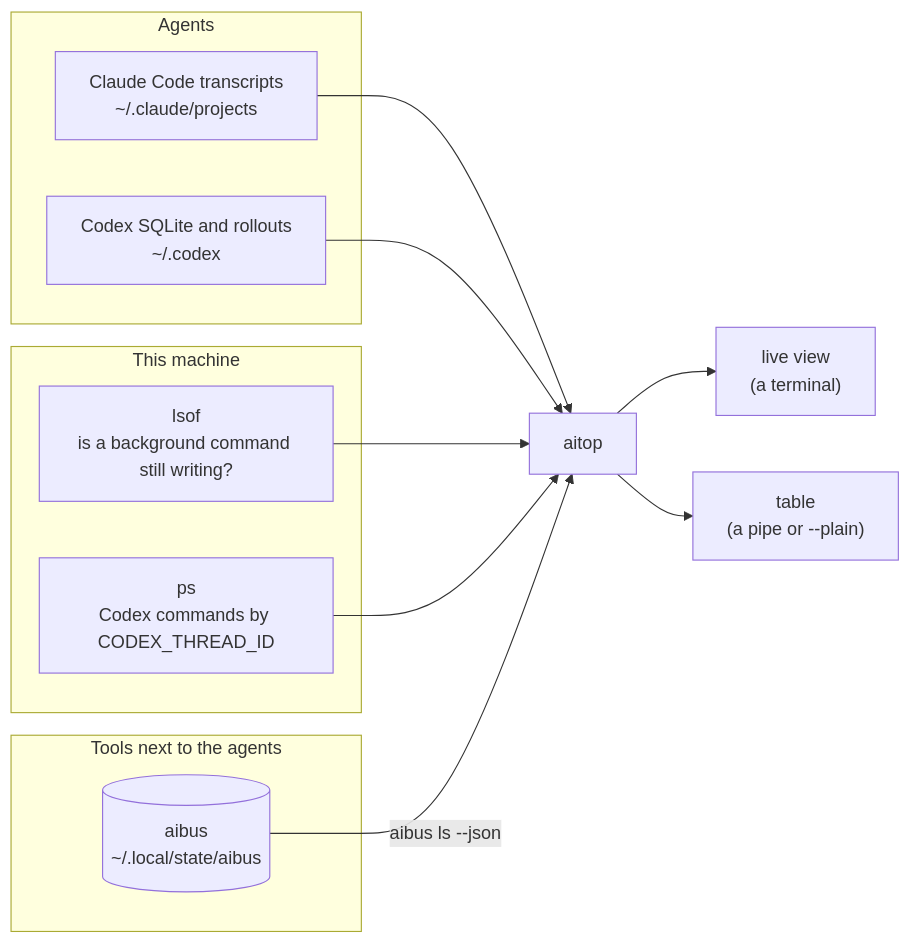
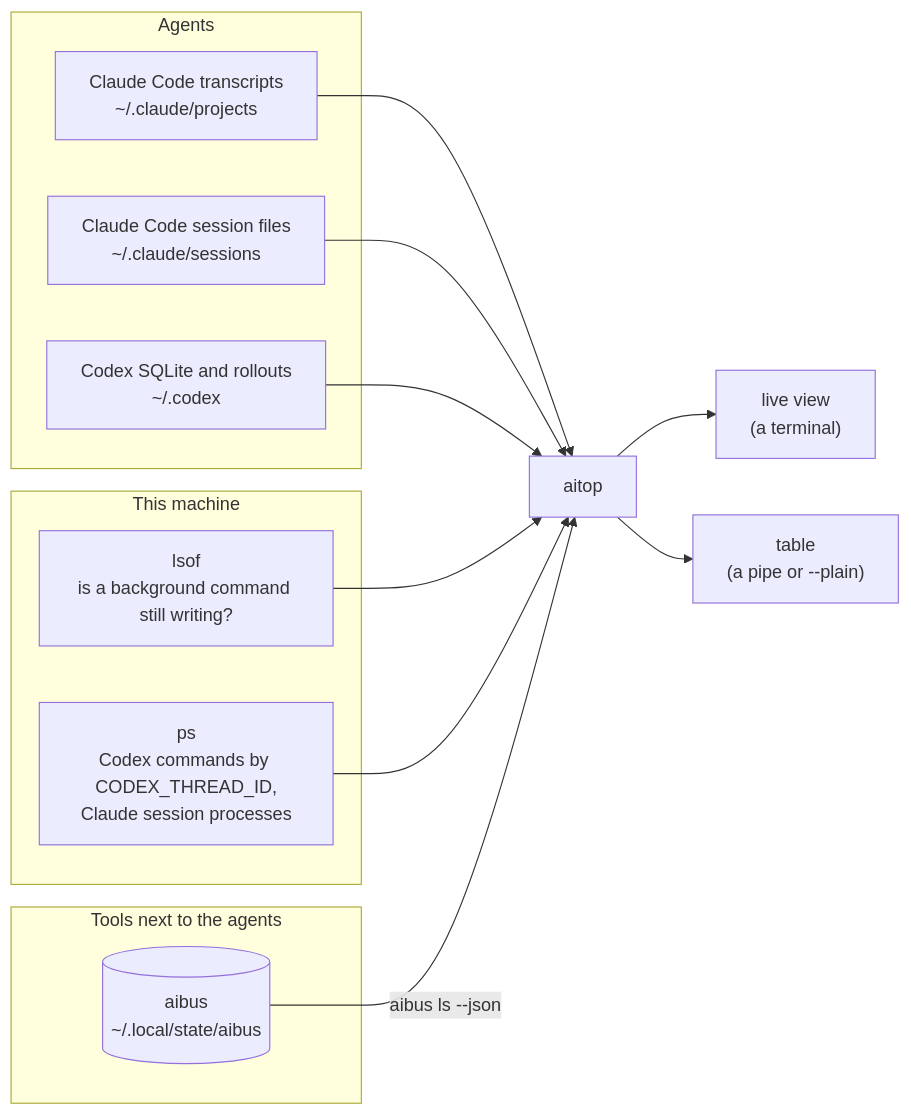
Before and after one commit to dor1a/aitop: the diagram in README.md, drawn with Mermaid. The commit also changed other lines of this file and 2 other files, not shown here.

````diff
--- a/README.md
+++ b/README.md
@@ -147,21 +148,23 @@
 ```mermaid
 flowchart LR
   subgraph agents["Agents"]
     CT["Claude Code transcripts<br/>~/.claude/projects"]
+    SE["Claude Code session files<br/>~/.claude/sessions"]
     CO["Codex SQLite and rollouts<br/>~/.codex"]
   end
   subgraph host["This machine"]
     LS["lsof<br/>is a background command still writing?"]
-    PS["ps<br/>Codex commands by CODEX_THREAD_ID"]
+    PS["ps<br/>Codex commands by CODEX_THREAD_ID,<br/>Claude session processes"]
   end
   subgraph tools["Tools next to the agents"]
     BUS[("aibus<br/>~/.local/state/aibus")]
   end
   CT --> A["aitop"]
+  SE --> A
   CO --> A
   LS --> A
   PS --> A
   BUS -- "aibus ls --json" --> A
   A --> V["live view<br/>(a terminal)"]
   A --> T["table<br/>(a pipe or --plain)"]
 ```
````
